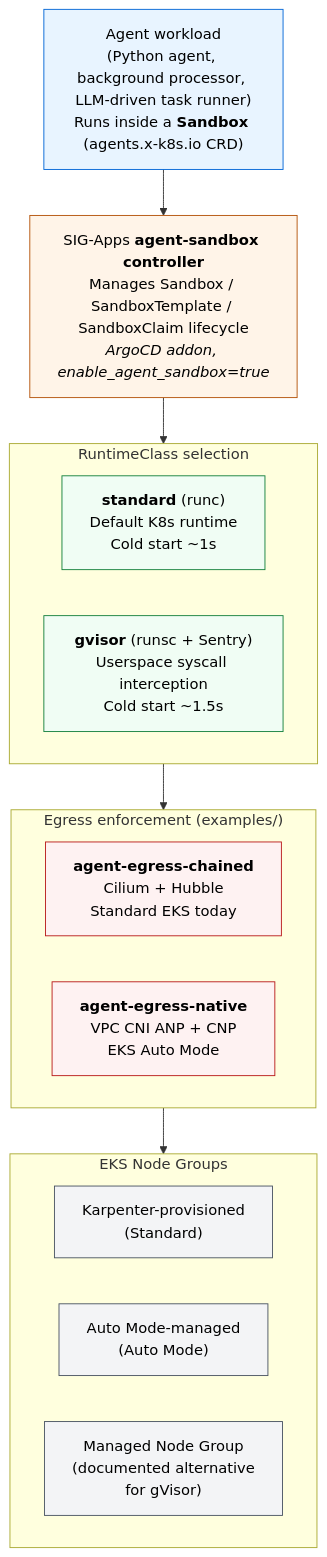
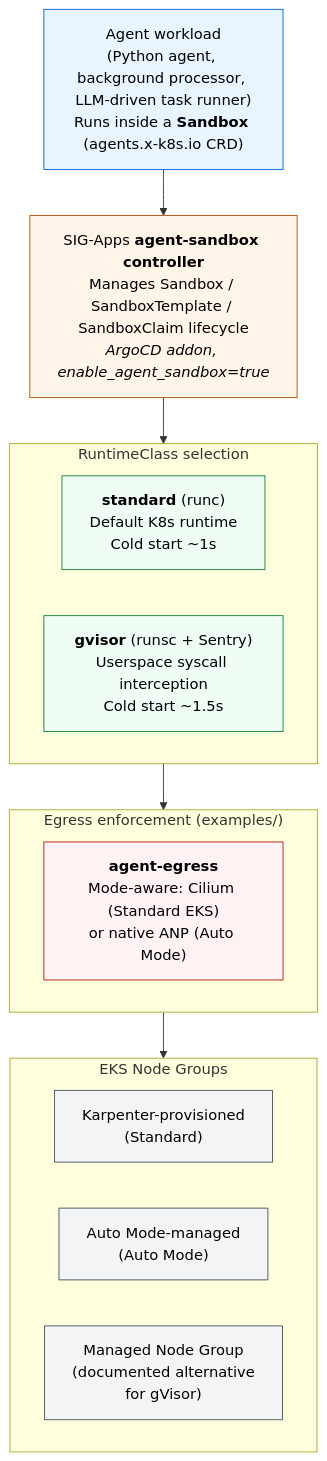
One commit to awslabs/ai-on-eks changed the diagram in infra/solutions/agent-sandbox/README.md. Above: the diagram before and after it, drawn with Mermaid. The commit also changed other lines of this file and 29 other files, not shown here.

````diff
--- a/infra/solutions/agent-sandbox/README.md
+++ b/infra/solutions/agent-sandbox/README.md
@@ -35,36 +35,35 @@
 ```mermaid
 flowchart TB
     classDef workload fill:#e8f4ff,stroke:#0366d6,color:#000
     classDef controller fill:#fff4e8,stroke:#b45309,color:#000
     classDef runtime fill:#f0fdf4,stroke:#15803d,color:#000
     classDef egress fill:#fef2f2,stroke:#b91c1c,color:#000
     classDef node fill:#f3f4f6,stroke:#4b5563,color:#000
 
     A["Agent workload<br/>(Python agent, background processor, LLM-driven task runner)<br/>Runs inside a <b>Sandbox</b> (agents.x-k8s.io CRD)"]:::workload
 
     B["SIG-Apps <b>agent-sandbox controller</b><br/>Manages Sandbox / SandboxTemplate / SandboxClaim lifecycle<br/><i>ArgoCD addon, enable_agent_sandbox=true</i>"]:::controller
 
     subgraph C["RuntimeClass selection"]
         direction LR
         C1["<b>standard</b> (runc)<br/>Default K8s runtime<br/>Cold start ~1s"]:::runtime
         C2["<b>gvisor</b> (runsc + Sentry)<br/>Userspace syscall interception<br/>Cold start ~1.5s"]:::runtime
     end
 
     subgraph D["Egress enforcement (examples/)"]
         direction LR
-        D1["<b>agent-egress-chained</b><br/>Cilium + Hubble<br/>Standard EKS today"]:::egress
-        D2["<b>agent-egress-native</b><br/>VPC CNI ANP + CNP<br/>EKS Auto Mode"]:::egress
+        D1["<b>agent-egress</b><br/>Mode-aware: Cilium (Standard EKS)<br/>or native ANP (Auto Mode)"]:::egress
     end
 
     subgraph E["EKS Node Groups"]
         direction LR
         E1["Karpenter-provisioned<br/>(Standard)"]:::node
         E2["Auto Mode-managed<br/>(Auto Mode)"]:::node
         E3["Managed Node Group<br/>(documented alternative<br/>for gVisor)"]:::node
     end
 
     A --> B
     B --> C
     C --> D
     D --> E
 ```
````
